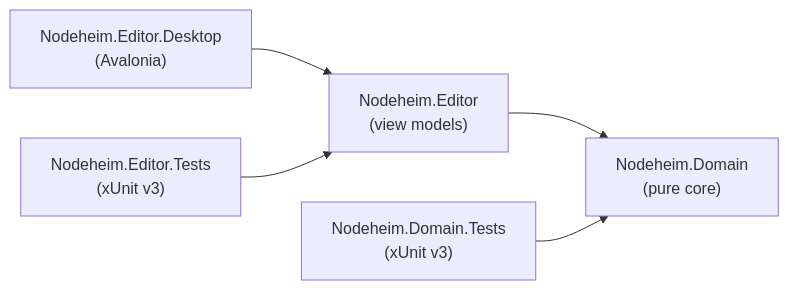
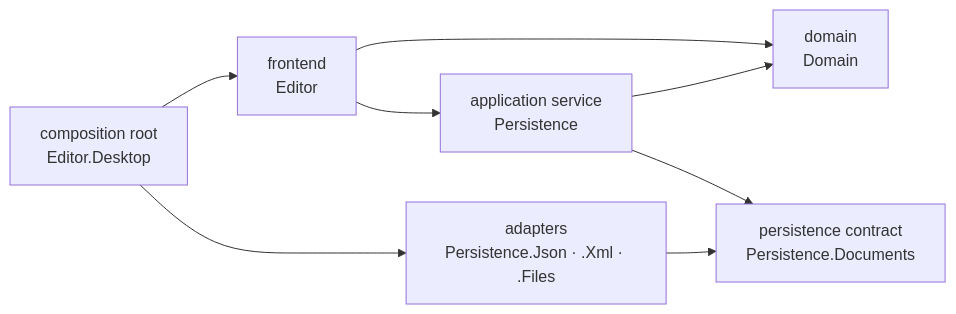
One commit to tiancama/Nodeheim changed the diagram in README.md. Above: the diagram before and after it, drawn with Mermaid. The commit also changed other lines of this file, not shown here.

````diff
--- a/README.md
+++ b/README.md
@@ -22,6 +20,10 @@
 ```mermaid
 flowchart LR
-    Desktop["Nodeheim.Editor.Desktop<br/>(Avalonia)"] --> Editor["Nodeheim.Editor<br/>(view models)"] --> Domain["Nodeheim.Domain<br/>(pure core)"]
-    DomainTests["Nodeheim.Domain.Tests<br/>(xUnit v3)"] --> Domain
-    EditorTests["Nodeheim.Editor.Tests<br/>(xUnit v3)"] --> Editor
+    Root["composition root<br/>Editor.Desktop"] --> Frontend["frontend<br/>Editor"]
+    Root --> Adapter["adapters<br/>Persistence.Json · .Xml · .Files"]
+    Frontend --> App["application service<br/>Persistence"]
+    Frontend --> Domain["domain<br/>Domain"]
+    App --> Domain
+    App --> Contract["persistence contract<br/>Persistence.Documents"]
+    Adapter --> Contract
 ```
````
